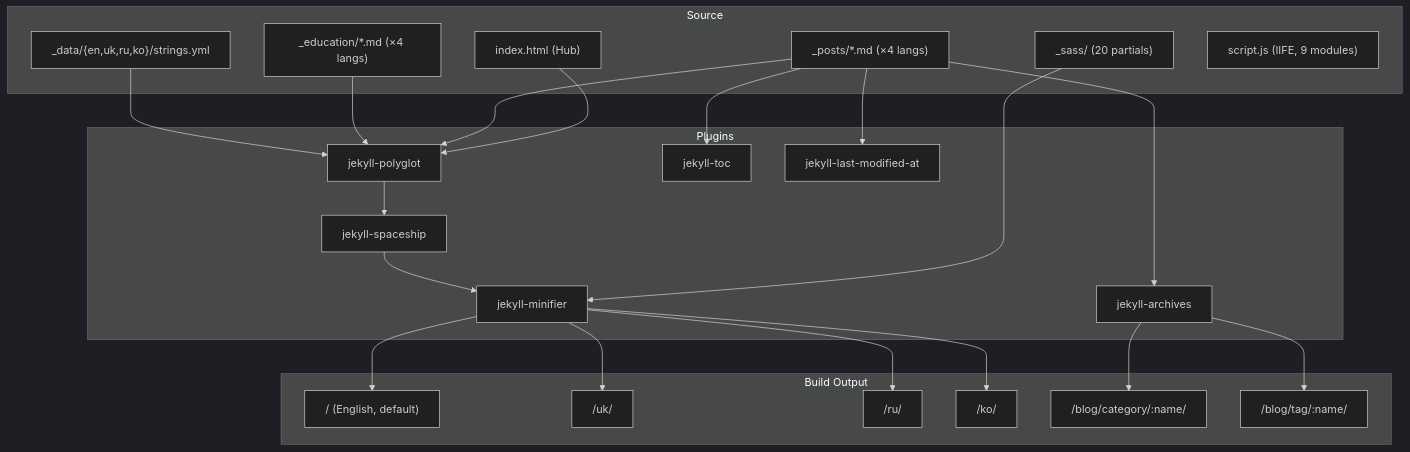
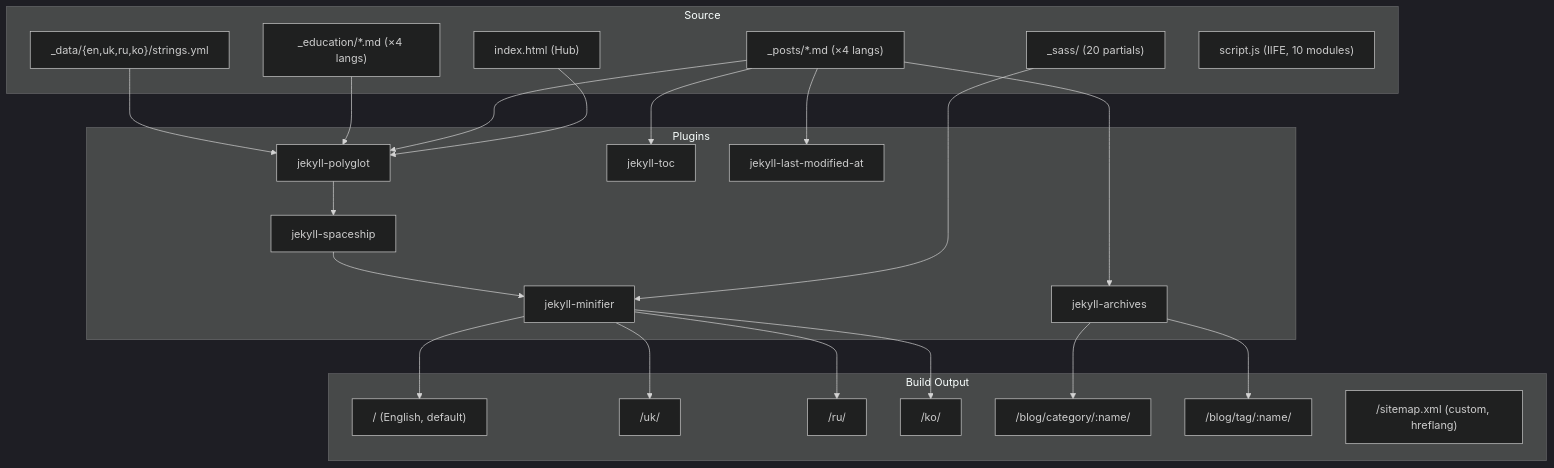
One commit to Figarist/figarist.github.io changed the diagram in project_context.md. Above: the diagram before and after it, drawn with Mermaid (dark theme). The commit also changed other lines of this file and 1 other file, not shown here.

Commit message:
docs: update project_context.md and README.md with sitemap fix, plugin changes, a11y, SEO

````diff
--- a/project_context.md
+++ b/project_context.md
@@ -9,37 +9,38 @@
 ```mermaid
 graph TD
     subgraph Source
         H["index.html (Hub)"]
         P["_posts/*.md (×4 langs)"]
         E["_education/*.md (×4 langs)"]
         D["_data/{en,uk,ru,ko}/strings.yml"]
         S["_sass/ (20 partials)"]
-        JS["script.js (IIFE, 9 modules)"]
+        JS["script.js (IIFE, 10 modules)"]
     end
 
     subgraph Plugins
         Poly[jekyll-polyglot]
         Space[jekyll-spaceship]
         TOC[jekyll-toc]
         Archives[jekyll-archives]
         LMA[jekyll-last-modified-at]
         Min[jekyll-minifier]
     end
 
     subgraph Build Output
         DirEN["/ (English, default)"]
         DirUK["/uk/"]
         DirRU["/ru/"]
         DirKO["/ko/"]
         CatPages["/blog/category/:name/"]
         TagPages["/blog/tag/:name/"]
+        Sitemap["/sitemap.xml (custom, hreflang)"]
     end
 
     H & P & E & D --> Poly
     S --> Min
     P --> TOC & Archives & LMA
     Poly --> Space
     Space --> Min
     Min --> DirEN & DirUK & DirRU & DirKO
     Archives --> CatPages & TagPages
 ```
````
